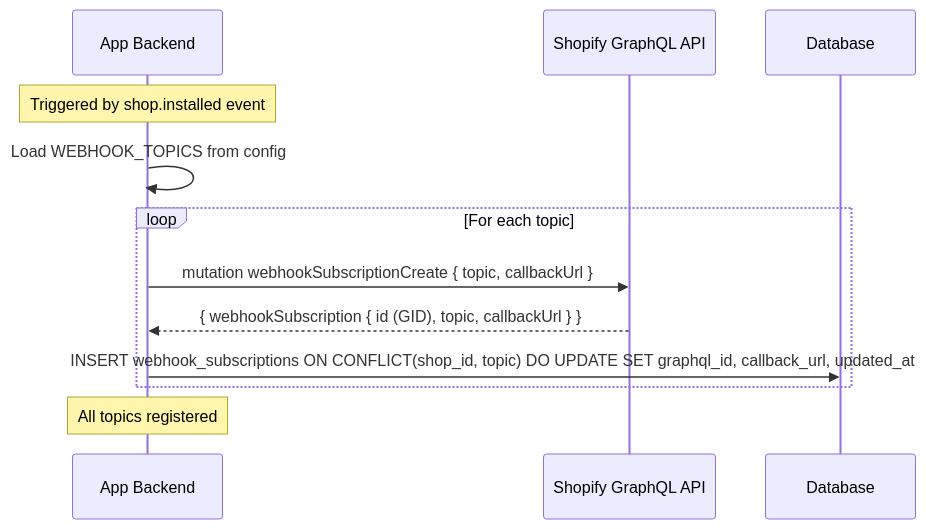
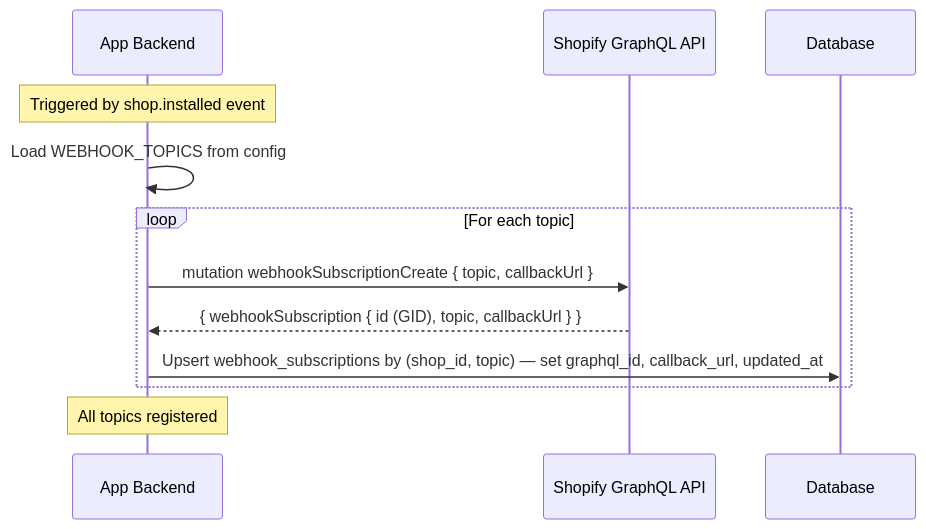
The third of 5 diagrams in webhooks/shopify-webhooks/README.md (nguyenvanduocit/primitive-blocks-specs), drawn with Mermaid before and after one commit. The commit also changed other lines of this file and 28 other files, not shown here.

````diff
--- a/webhooks/shopify-webhooks/README.md
+++ b/webhooks/shopify-webhooks/README.md
@@ -190,15 +199,15 @@
 ```mermaid
 sequenceDiagram
     participant A as App Backend
     participant GQL as Shopify GraphQL API
     participant DB as Database
 
     Note over A: Triggered by shop.installed event
     A->>A: Load WEBHOOK_TOPICS from config
     loop For each topic
         A->>GQL: mutation webhookSubscriptionCreate { topic, callbackUrl }
         GQL-->>A: { webhookSubscription { id (GID), topic, callbackUrl } }
-        A->>DB: INSERT webhook_subscriptions ON CONFLICT(shop_id, topic) DO UPDATE SET graphql_id, callback_url, updated_at
+        A->>DB: Upsert webhook_subscriptions by (shop_id, topic) — set graphql_id, callback_url, updated_at
     end
     Note over A: All topics registered
 ```
````
